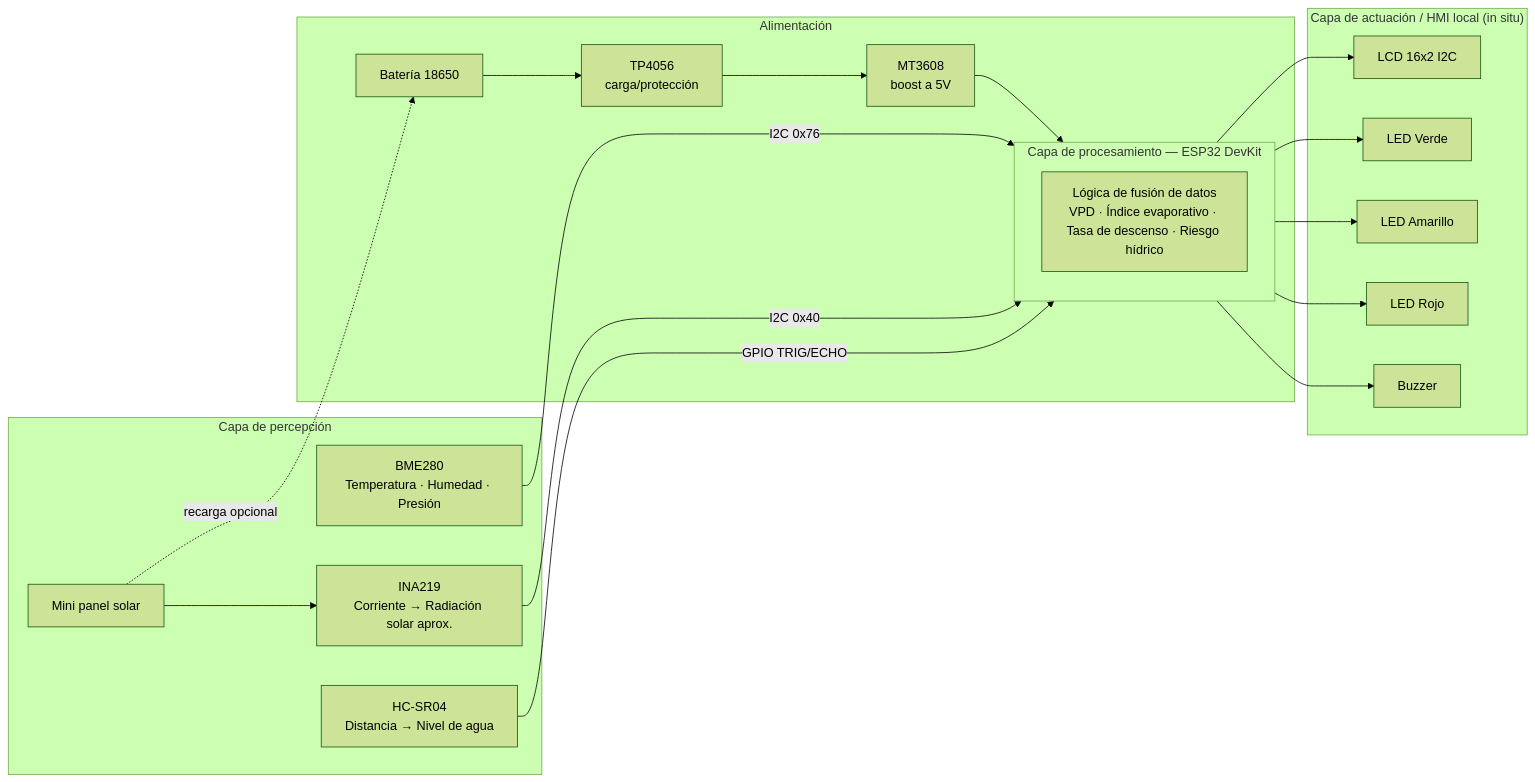
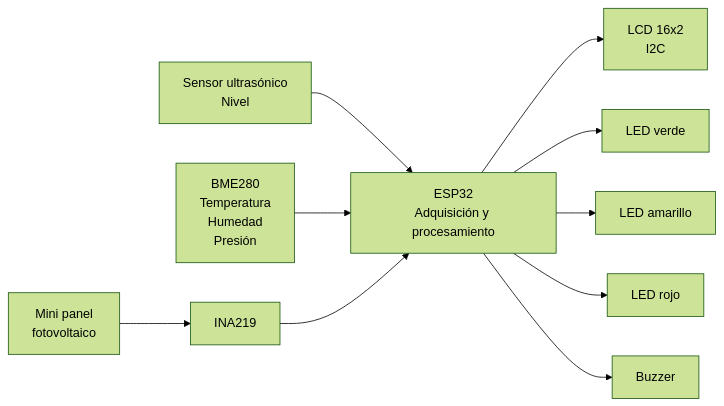
Before and after one commit to jorgis857/sistema-alerta-temprana-riesgo-hidrico: the first of 2 diagrams in wiki/02-Solucion-Propuesta.md, drawn with Mermaid (forest theme). The commit also changed other lines of this file and 10 other files, not shown here.

````diff
--- a/wiki/02-Solucion-Propuesta.md
+++ b/wiki/02-Solucion-Propuesta.md
@@ -27,37 +64,28 @@
 ```mermaid
 flowchart LR
-    subgraph SENSORES["Capa de percepción"]
-        BME[BME280\nTemperatura · Humedad · Presión]
-        SOLAR[Mini panel solar]
-        INA[INA219\nCorriente → Radiación solar aprox.]
-        US[HC-SR04\nDistancia → Nivel de agua]
-    end
 
-    subgraph MCU["Capa de procesamiento — ESP32 DevKit"]
-        FUS[Lógica de fusión de datos\nVPD · Índice evaporativo · Tasa de descenso · Riesgo hídrico]
-    end
+    ULTRA[Sensor ultrasónico<br/>Nivel]
+    BME[BME280<br/>Temperatura<br/>Humedad<br/>Presión]
+    PANEL[Mini panel<br/>fotovoltaico]
+    INA[INA219]
 
-    subgraph ACT["Capa de actuación / HMI local (in situ)"]
-        LCD[LCD 16x2 I2C]
-        LEDV[LED Verde]
-        LEDA[LED Amarillo]
-        LEDR[LED Rojo]
-        BUZ[Buzzer]
-    end
+    MCU[ESP32<br/>Adquisición y procesamiento]
 
-    subgraph PWR["Alimentación"]
-        BAT[Batería 18650] --> TP[TP4056\ncarga/protección] --> BOOST[MT3608\nboost a 5V] --> MCU
-        SOLAR -.recarga opcional.-> BAT
-    end
+    LCD[LCD 16x2<br/>I2C]
+    LEDV[LED verde]
+    LEDA[LED amarillo]
+    LEDR[LED rojo]
+    BUZZ[Buzzer]
 
-    BME -- I2C 0x76 --> MCU
-    SOLAR --> INA
-    INA -- I2C 0x40 --> MCU
-    US -- GPIO TRIG/ECHO --> MCU
+    PANEL --> INA
+
+    ULTRA --> MCU
+    BME --> MCU
+    INA --> MCU
 
     MCU --> LCD
     MCU --> LEDV
     MCU --> LEDA
     MCU --> LEDR
-    MCU --> BUZ
+    MCU --> BUZZ
 ```
````
